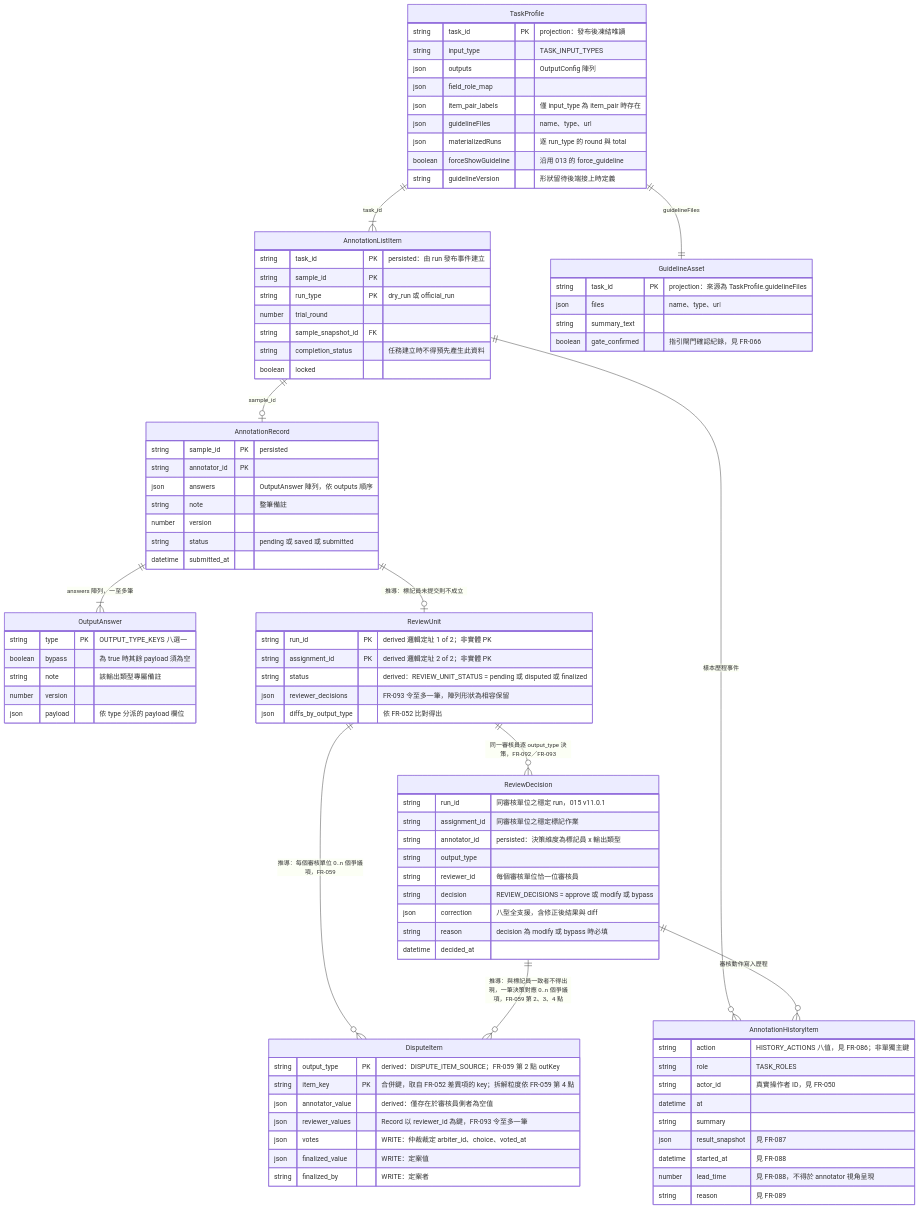
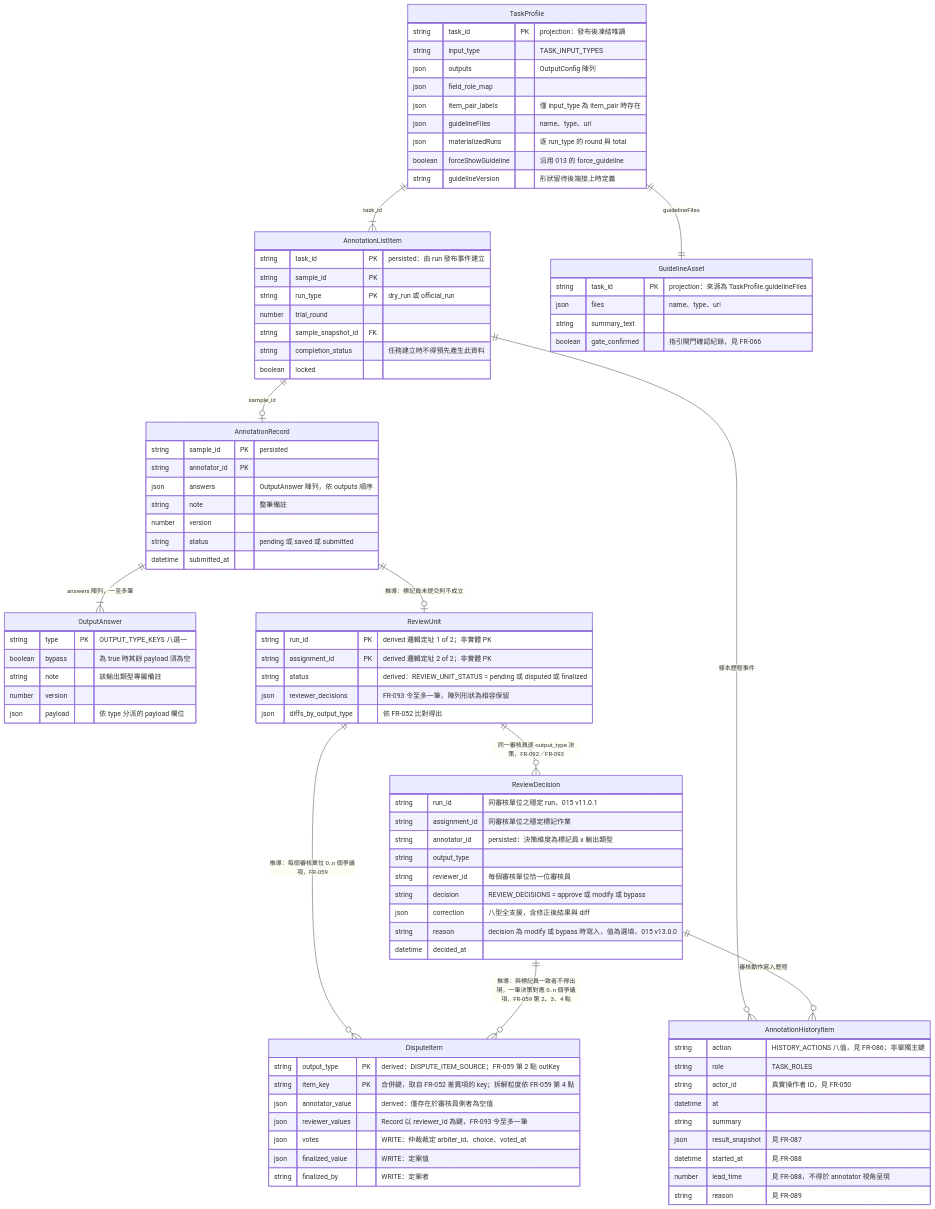
The fourth of 6 diagrams in docs/diagrams/architecture/core-data-model-er.md (singyichen/label-suite), drawn with Mermaid before and after one commit. The commit also changed 17 other files, not shown here.

```diff
--- a/docs/diagrams/architecture/core-data-model-er.md
+++ b/docs/diagrams/architecture/core-data-model-er.md
@@ -326,7 +326,7 @@
         string reviewer_id "每個審核單位恰一位審核員"
         string decision "REVIEW_DECISIONS = approve 或 modify 或 bypass"
         json correction "八型全支援，含修正後結果與 diff"
-        string reason "decision 為 modify 或 bypass 時必填"
+        string reason "decision 為 modify 或 bypass 時寫入，值為選填，015 v13.0.0"
         datetime decided_at
     }
     ReviewUnit {
```
